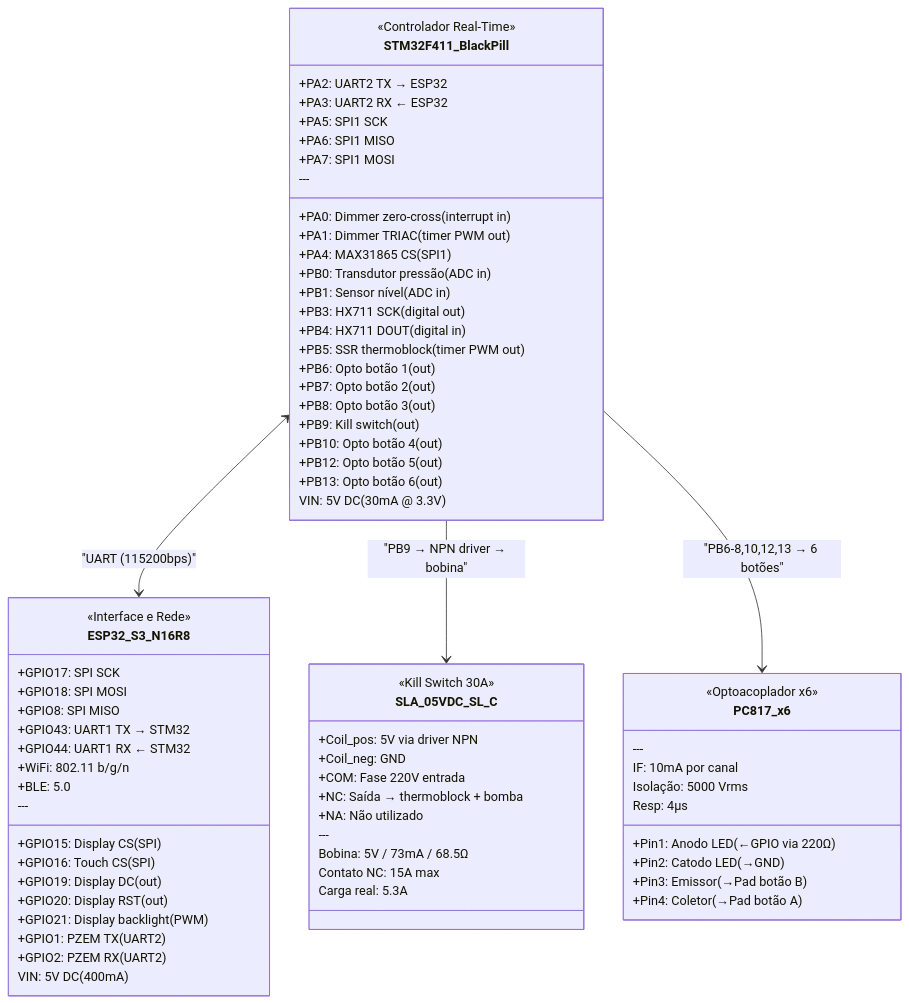
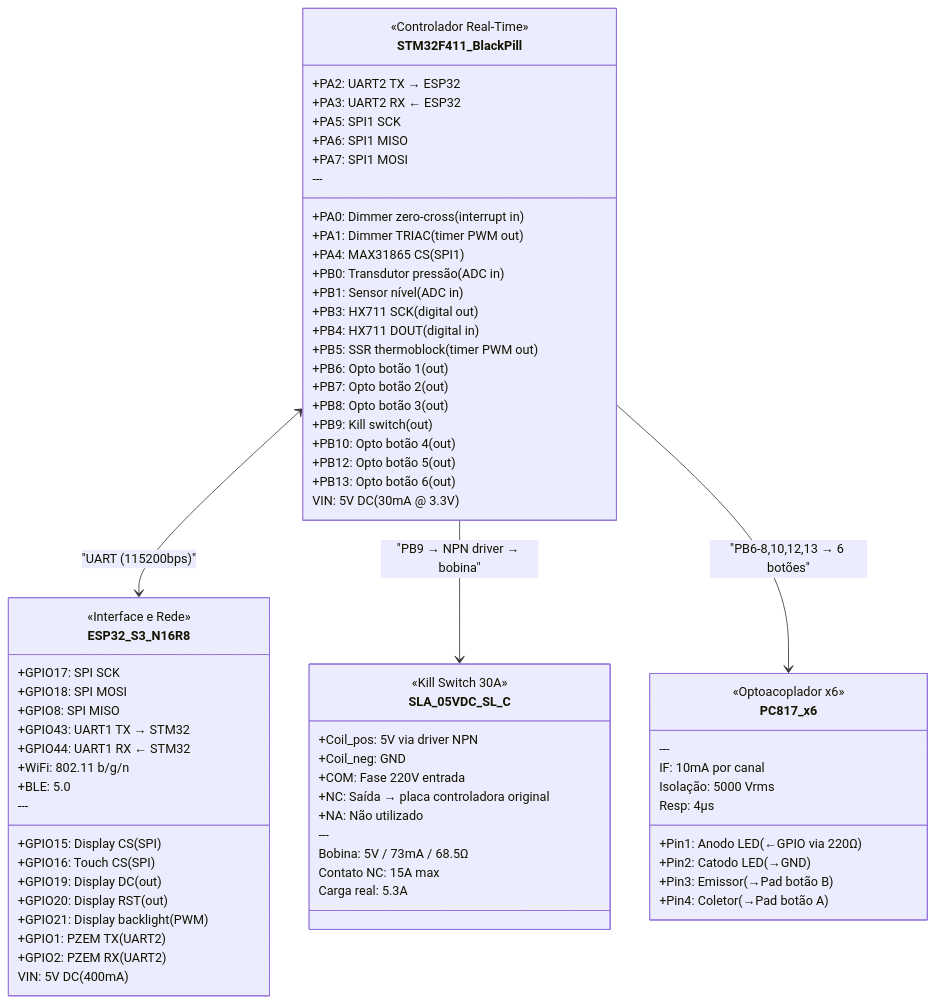
The first of 7 diagrams in docs/COMPONENTES.md (SamuelMoraesF/iot-oster-prima-latte2), drawn with Mermaid before and after one commit. The commit also changed other lines of this file, not shown here.

````diff
--- a/docs/COMPONENTES.md
+++ b/docs/COMPONENTES.md
@@ -7,77 +7,77 @@
 ```mermaid
 classDiagram
     class STM32F411_BlackPill {
         <<Controlador Real-Time>>
         +PA0: Dimmer zero-cross (interrupt in)
         +PA1: Dimmer TRIAC (timer PWM out)
         +PA2: UART2 TX → ESP32
         +PA3: UART2 RX ← ESP32
         +PA4: MAX31865 CS (SPI1)
         +PA5: SPI1 SCK
         +PA6: SPI1 MISO
         +PA7: SPI1 MOSI
         +PB0: Transdutor pressão (ADC in)
         +PB1: Sensor nível (ADC in)
         +PB3: HX711 SCK (digital out)
         +PB4: HX711 DOUT (digital in)
         +PB5: SSR thermoblock (timer PWM out)
         +PB6: Opto botão 1 (out)
         +PB7: Opto botão 2 (out)
         +PB8: Opto botão 3 (out)
         +PB9: Kill switch (out)
         +PB10: Opto botão 4 (out)
         +PB12: Opto botão 5 (out)
         +PB13: Opto botão 6 (out)
         ---
         VIN: 5V DC (30mA @ 3.3V)
     }
 
     class ESP32_S3_N16R8 {
         <<Interface e Rede>>
         +GPIO15: Display CS (SPI)
         +GPIO16: Touch CS (SPI)
         +GPIO17: SPI SCK
         +GPIO18: SPI MOSI
         +GPIO8: SPI MISO
         +GPIO19: Display DC (out)
         +GPIO20: Display RST (out)
         +GPIO21: Display backlight (PWM)
         +GPIO43: UART1 TX → STM32
         +GPIO44: UART1 RX ← STM32
         +GPIO1: PZEM TX (UART2)
         +GPIO2: PZEM RX (UART2)
         +WiFi: 802.11 b/g/n
         +BLE: 5.0
         ---
         VIN: 5V DC (400mA)
     }
 
     class SLA_05VDC_SL_C {
         <<Kill Switch 30A>>
         +Coil_pos: 5V via driver NPN
         +Coil_neg: GND
         +COM: Fase 220V entrada
-        +NC: Saída → thermoblock + bomba
+        +NC: Saída → placa controladora original
         +NA: Não utilizado
         ---
         Bobina: 5V / 73mA / 68.5Ω
         Contato NC: 15A max
         Carga real: 5.3A
     }
 
     STM32F411_BlackPill <--> ESP32_S3_N16R8 : "UART (115200bps)"
     class PC817_x6 {
         <<Optoacoplador x6>>
         +Pin1: Anodo LED (←GPIO via 220Ω)
         +Pin2: Catodo LED (→GND)
         +Pin3: Emissor (→Pad botão B)
         +Pin4: Coletor (→Pad botão A)
         ---
         IF: 10mA por canal
         Isolação: 5000 Vrms
         Resp: 4µs
     }
 
     STM32F411_BlackPill --> SLA_05VDC_SL_C : "PB9 → NPN driver → bobina"
     STM32F411_BlackPill --> PC817_x6 : "PB6-8,10,12,13 → 6 botões"
 ```
````
